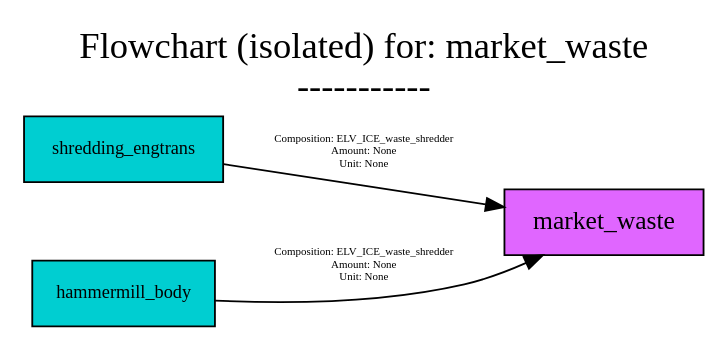
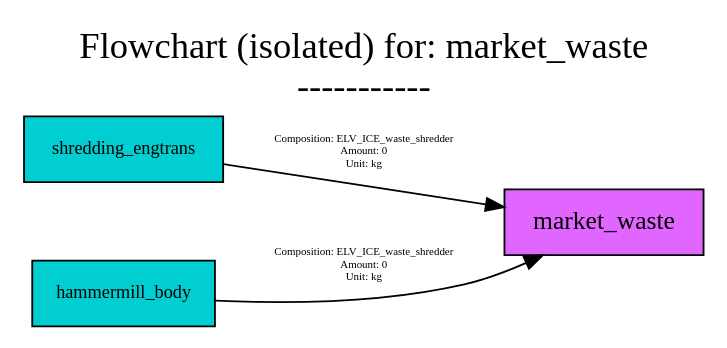
Before and after one commit to FutuRaM-Project/Recovery-Model: the diagram in src/examples/ELV/figures/flowcharts/processes/dot/market_waste.dot, drawn with Graphviz. The commit also changed 196 other files, not shown here.

```diff
--- a/src/examples/ELV/figures/flowcharts/processes/dot/market_waste.dot
+++ b/src/examples/ELV/figures/flowcharts/processes/dot/market_waste.dot
@@ -1,58 +1,58 @@
 digraph {
 	graph [bb="0,0,345,167",
 		font=Cabin,
 		fontname=Cabin,
 		fontsize=20,
 		label="Flowchart (isolated) for: market_waste
 -----------",
 		labeljust=c,
 		labelloc=tc,
 		lheight=0.61,
 		lp="172.5,141",
 		lwidth=4.49,
 		nodesep=0.6,
 		rankdir=LR,
 		ranksep=0.6
 	];
 	node [label="\N"];
 	market_waste	[fillcolor=mediumorchid1,
 		fontname=Cabin,
 		fontsize=14,
 		height=0.5,
 		pos="294.5,57",
 		shape=box,
 		style=filled,
 		width=1.4028];
 	shredding_engtrans	[fillcolor=darkturquoise,
 		fontname=Cabin,
 		fontsize=10,
 		height=0.5,
 		pos="50,97",
 		shape=box,
 		style=filled,
 		width=1.3889];
 	shredding_engtrans -> market_waste	[color=black,
 		fontname=Cabin,
 		fontsize=6,
 		label="Composition: ELV_ICE_waste_shredder
-Amount: None 
-Unit: None",
+Amount: 0 
+Unit: kg",
 		lp="172,95.5",
 		pos="e,243.67,65.22 100.07,88.905 138.69,82.536 192.65,73.635 233.77,66.852"];
 	hammermill_body	[fillcolor=darkturquoise,
 		fontname=Cabin,
 		fontsize=10,
 		height=0.5,
 		pos="50,18",
 		shape=box,
 		style=filled,
 		width=1.3194];
 	hammermill_body -> market_waste	[color=black,
 		fontname=Cabin,
 		fontsize=6,
 		label="Composition: ELV_ICE_waste_shredder
-Amount: None 
-Unit: None",
+Amount: 0 
+Unit: kg",
 		lp="172,33.5",
 		pos="e,262.86,38.998 97.771,14.228 132.53,12.656 180.86,13.081 222,23 232.63,25.563 243.56,29.818 253.58,34.465"];
 }
```
